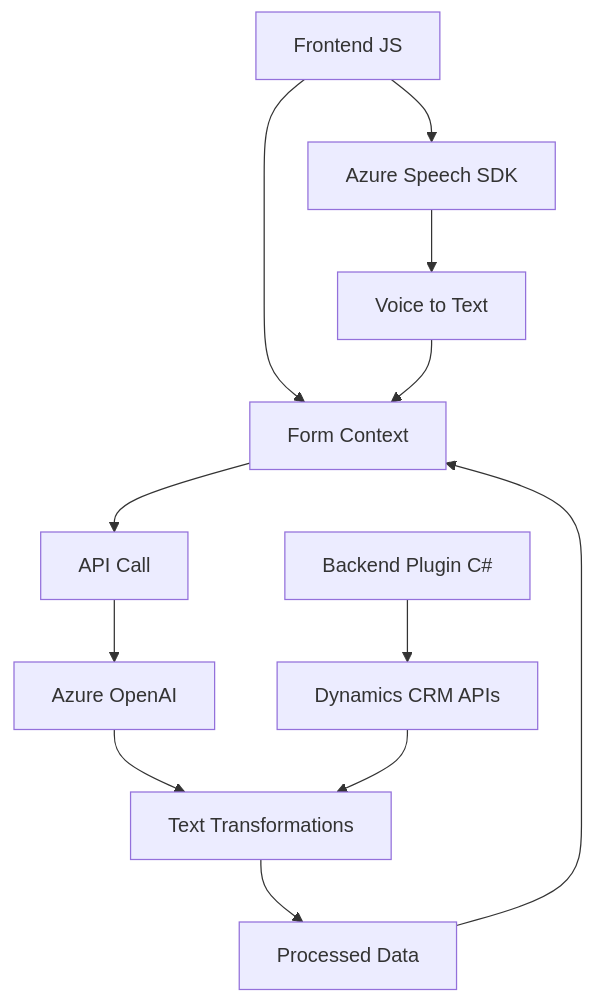
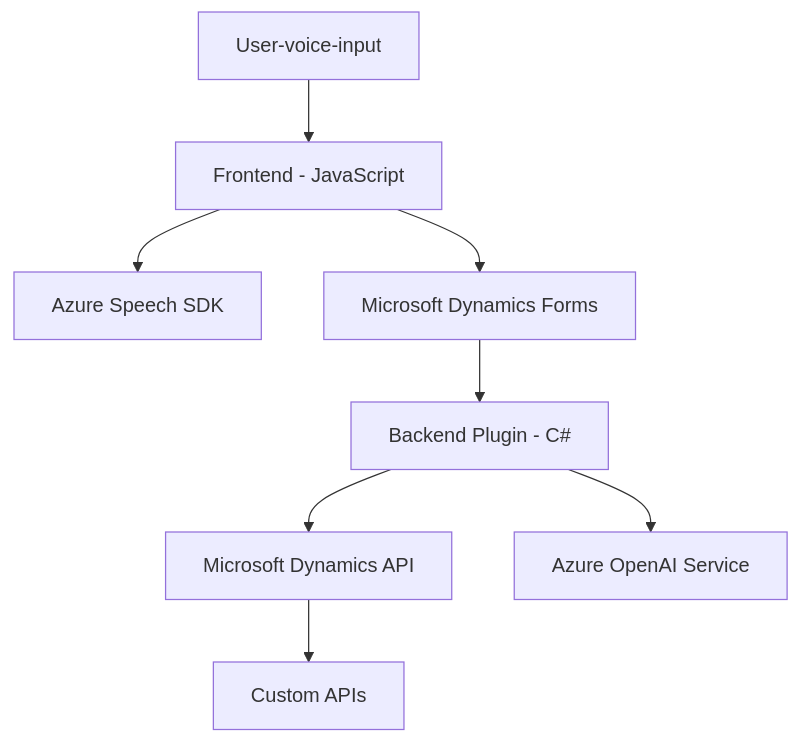
One commit to blopezdm/NETCORE_BILBAO2025 changed the diagram in README.md. Above: the diagram before and after it, drawn with Mermaid. The commit also changed other lines of this file, not shown here.

````diff
--- a/README.md
+++ b/README.md
@@ -46,15 +40,10 @@
 ```mermaid
 graph TD
-    A["Frontend JS"] --> B["Azure Speech SDK"]
-    A --> C["Form Context"]
-    B --> D["Voice to Text"]
-    D --> C
-    C --> E["API Call"]
-    E --> F["Azure OpenAI"]
-    F --> G["Text Transformations"]
-
-    H["Backend Plugin C#"] --> I["Dynamics CRM APIs"]
-    I --> G
-    G --> J["Processed Data"]
-    J --> C
+    A["User-voice-input"] --> B["Frontend - JavaScript"]
+    B["Frontend - JavaScript"] --> C["Azure Speech SDK"]
+    B["Frontend - JavaScript"] --> D["Microsoft Dynamics Forms"]
+    D["Microsoft Dynamics Forms"] --> E["Backend Plugin - C#"]
+    E["Backend Plugin - C#"] --> F["Microsoft Dynamics API"]
+    E["Backend Plugin - C#"] --> G["Azure OpenAI Service"]
+    F["Microsoft Dynamics API"] --> H["Custom APIs"]
 ```
````
